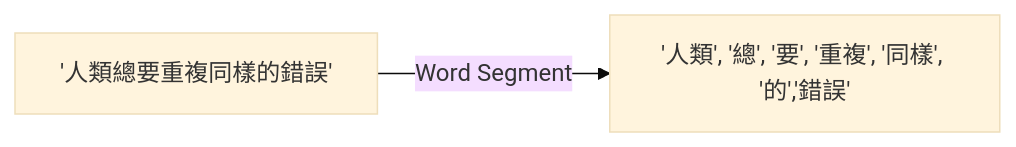
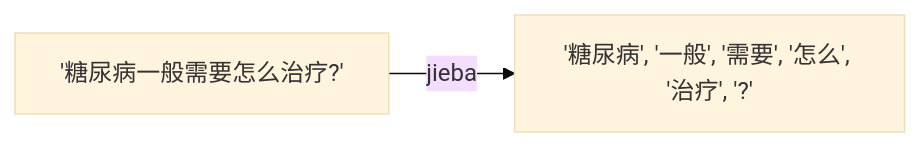
Before and after one commit to BennyWang4000/Medical-Text-Classification: the second of 3 diagrams in README.md, drawn with Mermaid (base theme). The commit also changed other lines of this file and 14 other files, not shown here.

````diff
--- a/README.md
+++ b/README.md
@@ -192,4 +184,4 @@
 ``` mermaid
 graph LR
-raw['人類總要重複同樣的錯誤']  -->|Word Segment|re['人類', '總', '要', '重複', '同樣', '的','錯誤']
+raw['糖尿病一般需要怎么治疗?']  -->|jieba|re['糖尿病', '一般', '需要', '怎么', '治疗', '?']
 ```
````
